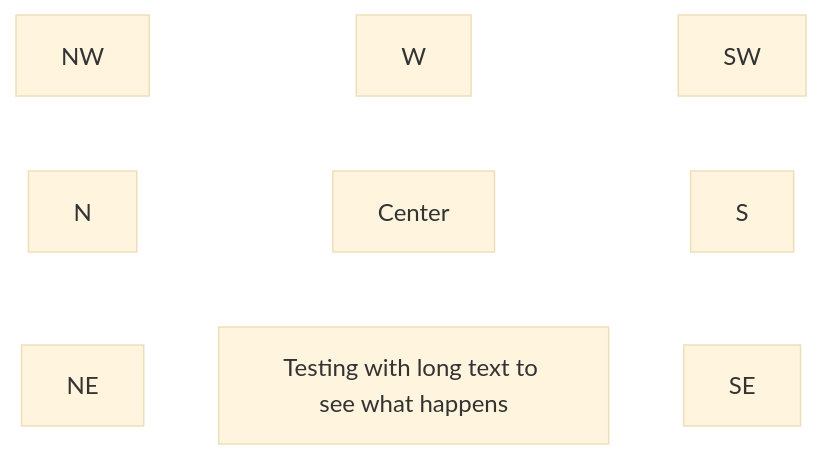
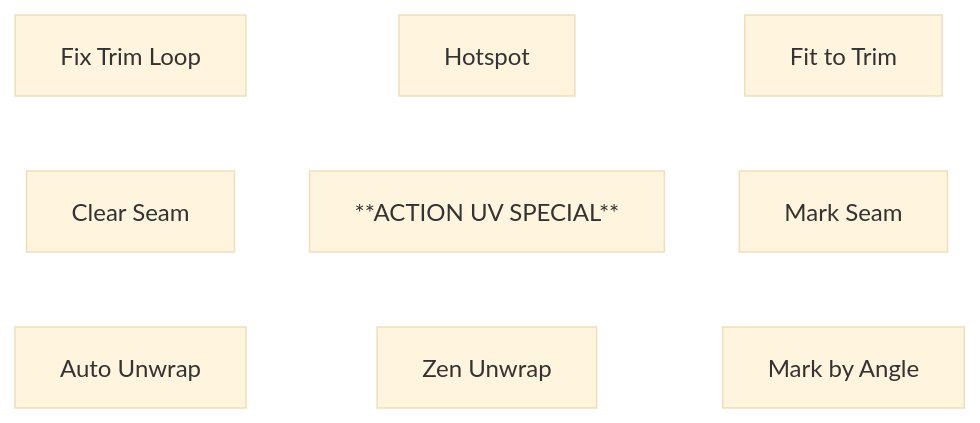
The seventh of 19 diagrams in Documentation/Blue Hole Pie Menus.md (ispaure/BlueHoleDeluxePrefs), drawn with Mermaid (base theme) before and after one commit. The commit also changed other lines of this file and 1 other file, not shown here.

````diff
--- a/Documentation/Blue Hole Pie Menus.md
+++ b/Documentation/Blue Hole Pie Menus.md
@@ -4,24 +198,24 @@
 ```mermaid
 graph TD
 
     %% Nodes
-    NW["NW"]
-    N["N"]
-    NE["NE"]
+    NW["Fix Trim Loop"]
+    W["Clear Seam"]
+    SW["Auto Unwrap"]
 
-    W["W"]
-    C["Center"]
-    E["Testing with long text to see what happens"]
+    N["Hotspot"]
+    C["**ACTION UV SPECIAL**"]
+    S["Zen Unwrap"]
 
-    SW["SW"]
-    S["S"]
-    SE["SE"]
+    NE["Fit to Trim"]
+    E["Mark Seam"]
+    SE["Mark by Angle"]
 
     %% Fake links for positioning
-    NW --- N --- NE
-    W --- C --- E
-    SW --- S --- SE
+    NW --- W --- SW
+    N --- C --- S
+    NE --- E --- SE
 
     %% Hide all connectors AND arrowheads
     linkStyle default stroke:transparent,stroke-width:0;
 ```
````
